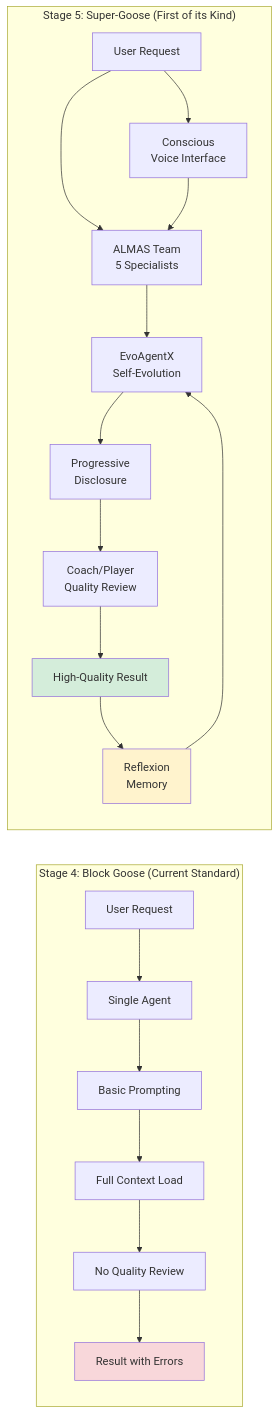
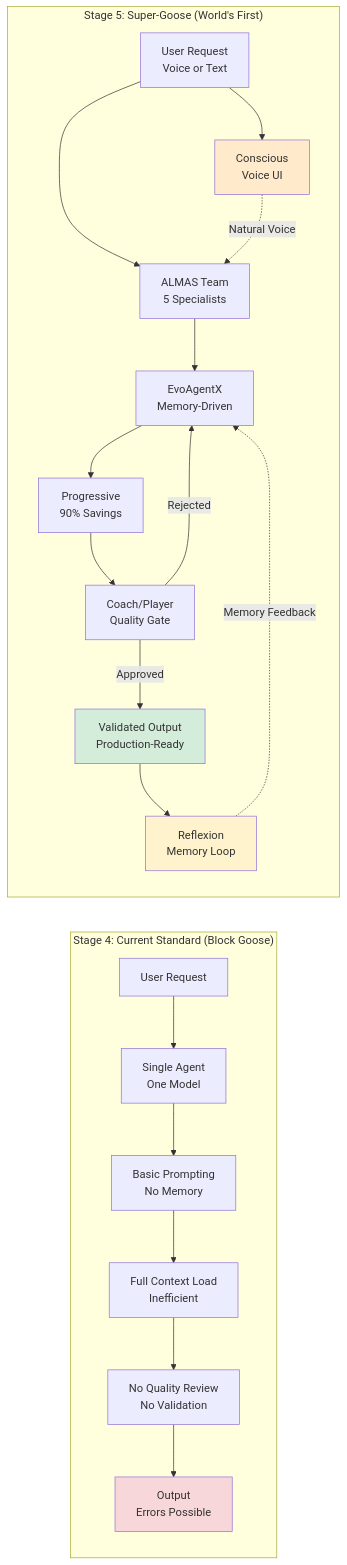
Before and after one commit to Ghenghis/Super-Goose: the first of 7 diagrams in README.md, drawn with Mermaid. The commit also changed other lines of this file, not shown here.

First line of the commit message:
docs: create massive professional Stage 5 README with real implementation details

````diff
--- a/README.md
+++ b/README.md
@@ -132,42 +60,41 @@
 ```mermaid
 graph LR
-    subgraph "Stage 4: Block Goose (Current Standard)"
+    subgraph "Stage 4: Current Standard (Block Goose)"
         A1[User Request]
-        A2[Single Agent]
-        A3[Basic Prompting]
-        A4[Full Context Load]
-        A5[No Quality Review]
-        A6[Result with Errors]
+        A2[Single Agent<br/>One Model]
+        A3[Basic Prompting<br/>No Memory]
+        A4[Full Context Load<br/>Inefficient]
+        A5[No Quality Review<br/>No Validation]
+        A6[Output<br/>Errors Possible]
 
-        A1 --> A2
-        A2 --> A3
-        A3 --> A4
-        A4 --> A5
-        A5 --> A6
+        A1 --> A2 --> A3 --> A4 --> A5 --> A6
+
+        style A6 fill:#f8d7da
     end
 
-    subgraph "Stage 5: Super-Goose (First of its Kind)"
-        B1[User Request]
+    subgraph "Stage 5: Super-Goose (World's First)"
+        B1[User Request<br/>Voice or Text]
         B2[ALMAS Team<br/>5 Specialists]
-        B3[EvoAgentX<br/>Self-Evolution]
-        B4[Progressive<br/>Disclosure]
-        B5[Coach/Player<br/>Quality Review]
-        B6[Conscious<br/>Voice Interface]
-        B7[High-Quality Result]
-        B8[Reflexion<br/>Memory]
+        B3[EvoAgentX<br/>Memory-Driven]
+        B4[Progressive<br/>90% Savings]
+        B5[Coach/Player<br/>Quality Gate]
+        B6[Conscious<br/>Voice UI]
+        B7[Validated Output<br/>Production-Ready]
+        B8[Reflexion<br/>Memory Loop]
 
         B1 --> B2
         B1 --> B6
         B2 --> B3
         B3 --> B4
         B4 --> B5
-        B5 --> B7
+        B5 -->|Approved| B7
+        B5 -->|Rejected| B3
         B7 --> B8
-        B8 --> B3
-        B6 --> B2
+        B8 -.Memory Feedback.-> B3
+        B6 -.Natural Voice.-> B2
+
+        style B7 fill:#d4edda
+        style B8 fill:#fff3cd
+        style B6 fill:#ffebcc
     end
-
-    style A6 fill:#f8d7da
-    style B7 fill:#d4edda
-    style B8 fill:#fff3cd
 ```
````
